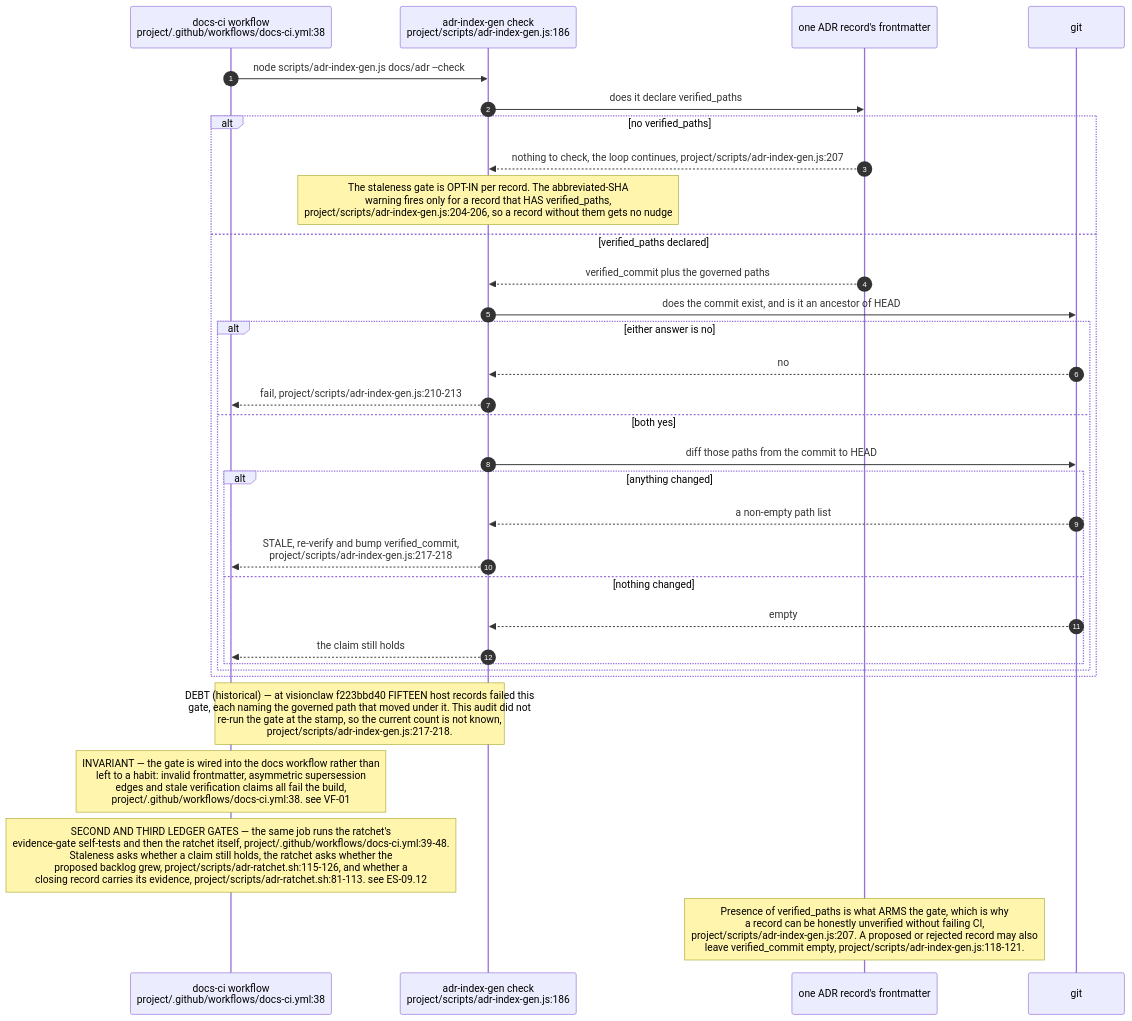
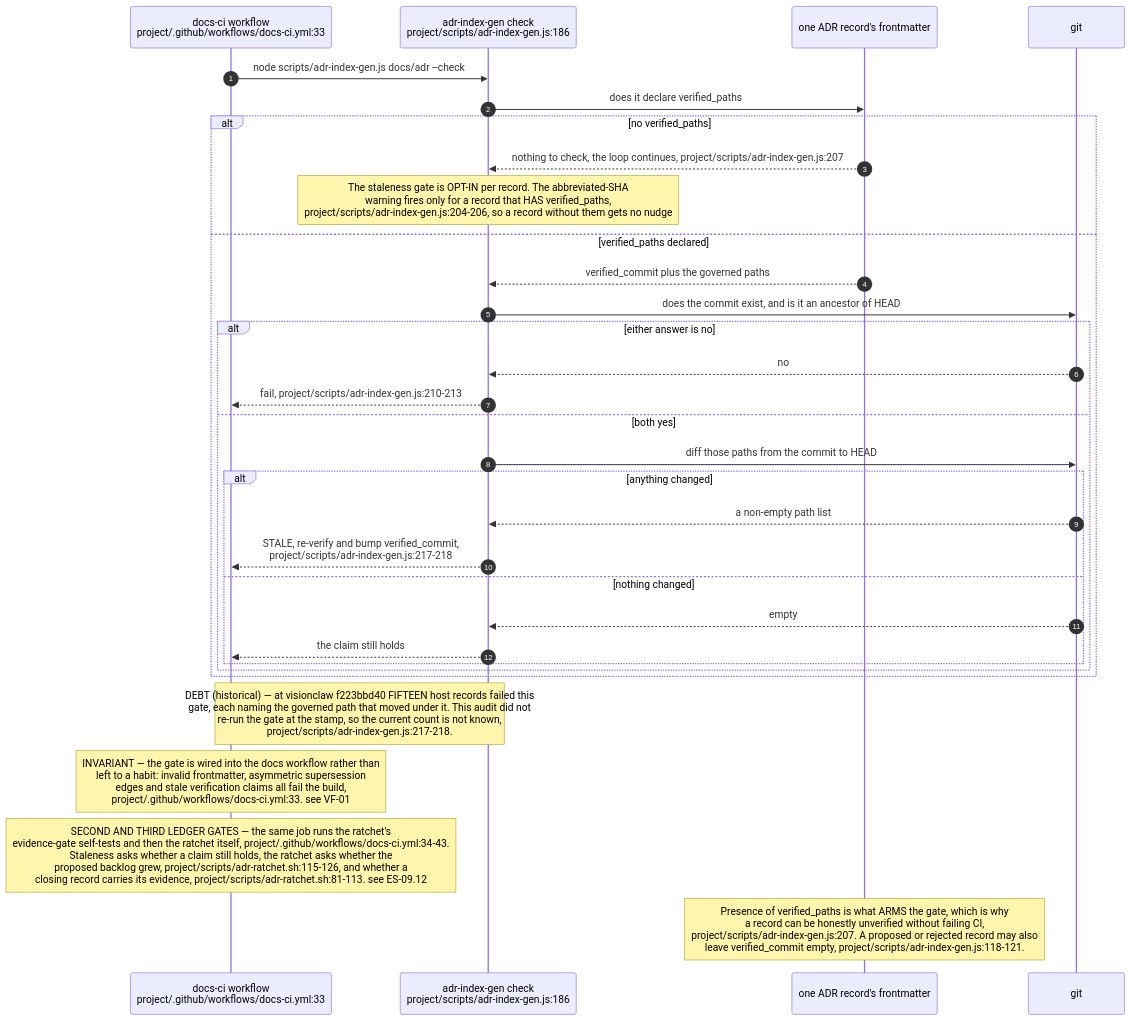
Before and after one commit to DreamLab-AI/VisionFlow: diagram 23 of 24 in docs/diagrams/estate/09-build-deploy-and-ci-estate.md, drawn with Mermaid. The commit also changed other lines of this file and 49 other files, not shown here.

First line of the commit message:
docs(diagrams): re-derive and re-stamp VisionClaw, estate, knowledge-graph, visionGraph, VisionFlow and sidestr topics

````diff
--- a/docs/diagrams/estate/09-build-deploy-and-ci-estate.md
+++ b/docs/diagrams/estate/09-build-deploy-and-ci-estate.md
@@ -822,36 +822,36 @@
 ```mermaid
 sequenceDiagram
     autonumber
-    participant CI as docs-ci workflow<br/>project/.github/workflows/docs-ci.yml:38
+    participant CI as docs-ci workflow<br/>project/.github/workflows/docs-ci.yml:33
     participant GEN as adr-index-gen check<br/>project/scripts/adr-index-gen.js:186
     participant REC as one ADR record's frontmatter
     participant GIT as git
 
     CI->>GEN: node scripts/adr-index-gen.js docs/adr --check
     GEN->>REC: does it declare verified_paths
     alt no verified_paths
         REC-->>GEN: nothing to check, the loop continues, project/scripts/adr-index-gen.js:207
         Note over GEN: The staleness gate is OPT-IN per record. The abbreviated-SHA<br/>warning fires only for a record that HAS verified_paths,<br/>project/scripts/adr-index-gen.js:204-206, so a record without them gets no nudge
     else verified_paths declared
         REC-->>GEN: verified_commit plus the governed paths
         GEN->>GIT: does the commit exist, and is it an ancestor of HEAD
         alt either answer is no
             GIT-->>GEN: no
             GEN-->>CI: fail, project/scripts/adr-index-gen.js:210-213
         else both yes
             GEN->>GIT: diff those paths from the commit to HEAD
             alt anything changed
                 GIT-->>GEN: a non-empty path list
                 GEN-->>CI: STALE, re-verify and bump verified_commit,<br/>project/scripts/adr-index-gen.js:217-218
             else nothing changed
                 GIT-->>GEN: empty
                 GEN-->>CI: the claim still holds
             end
         end
     end
 
     Note over GEN,CI: DEBT (historical) — at visionclaw f223bbd40 FIFTEEN host records failed this<br/>gate, each naming the governed path that moved under it. This audit did not<br/>re-run the gate at the stamp, so the current count is not known,<br/>project/scripts/adr-index-gen.js:217-218.
-    Note over CI: INVARIANT — the gate is wired into the docs workflow rather than<br/>left to a habit: invalid frontmatter, asymmetric supersession<br/>edges and stale verification claims all fail the build,<br/>project/.github/workflows/docs-ci.yml:38. see VF-01
-    Note over CI: SECOND AND THIRD LEDGER GATES — the same job runs the ratchet's<br/>evidence-gate self-tests and then the ratchet itself, project/.github/workflows/docs-ci.yml:39-48.<br/>Staleness asks whether a claim still holds, the ratchet asks whether the<br/>proposed backlog grew, project/scripts/adr-ratchet.sh:115-126, and whether a<br/>closing record carries its evidence, project/scripts/adr-ratchet.sh:81-113. see ES-09.12
+    Note over CI: INVARIANT — the gate is wired into the docs workflow rather than<br/>left to a habit: invalid frontmatter, asymmetric supersession<br/>edges and stale verification claims all fail the build,<br/>project/.github/workflows/docs-ci.yml:33. see VF-01
+    Note over CI: SECOND AND THIRD LEDGER GATES — the same job runs the ratchet's<br/>evidence-gate self-tests and then the ratchet itself, project/.github/workflows/docs-ci.yml:34-43.<br/>Staleness asks whether a claim still holds, the ratchet asks whether the<br/>proposed backlog grew, project/scripts/adr-ratchet.sh:115-126, and whether a<br/>closing record carries its evidence, project/scripts/adr-ratchet.sh:81-113. see ES-09.12
     Note over REC: Presence of verified_paths is what ARMS the gate, which is why<br/>a record can be honestly unverified without failing CI,<br/>project/scripts/adr-index-gen.js:207. A proposed or rejected record may also<br/>leave verified_commit empty, project/scripts/adr-index-gen.js:118-121.
 ```
````
